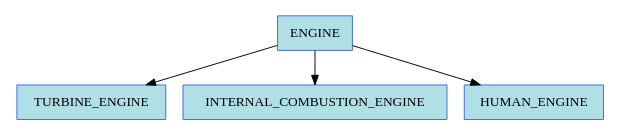
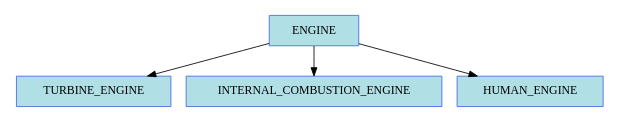
Before and after one commit to metomi/rose: the third of 6 diagrams in sphinx/tutorial/cylc/furthertopics/inheritance.rst, drawn with Graphviz. The commit also changed other lines of this file, not shown here.

```diff
--- a/sphinx/tutorial/cylc/furthertopics/inheritance.rst
+++ b/sphinx/tutorial/cylc/furthertopics/inheritance.rst
@@ -292,14 +296,18 @@
 .. digraph:: Example
    :align: center
 
    size = "5,5"
    bgcolor=none
 
-   ENGINE [color=royalblue, fillcolor=powderblue, shape=box, style=filled]
-   TURBINE_ENGINE [color=royalblue, fillcolor=powderblue, shape=box, style=filled]
-   INTERNAL_COMBUSTION_ENGINE [color=royalblue, fillcolor=powderblue, shape=box, style=filled]
-   HUMAN_ENGINE [color=royalblue, fillcolor=powderblue, shape=box, style=filled]
+   ENGINE [color=royalblue, fillcolor=powderblue, shape=box, style=filled,
+       margin="0.3,0.055"]
+   TURBINE_ENGINE [color=royalblue, fillcolor=powderblue, shape=box,
+       style=filled, margin="0.3,0.055"]
+   INTERNAL_COMBUSTION_ENGINE [color=royalblue, fillcolor=powderblue,
+       shape=box, style=filled, margin="0.3,0.055"]
+   HUMAN_ENGINE [color=royalblue, fillcolor=powderblue, shape=box,
+       style=filled, margin="0.3,0.055"]
 
-   ENGINE -> TURBINE_ENGINE
-   ENGINE -> INTERNAL_COMBUSTION_ENGINE
-   ENGINE -> HUMAN_ENGINE
+   "ENGINE" -> "TURBINE_ENGINE"
+   "ENGINE" -> "INTERNAL_COMBUSTION_ENGINE"
+   "ENGINE" -> "HUMAN_ENGINE"
```
